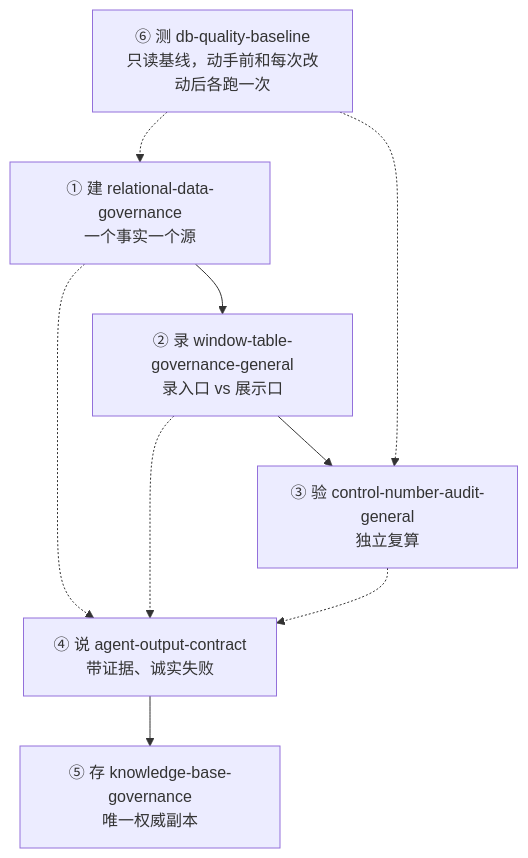
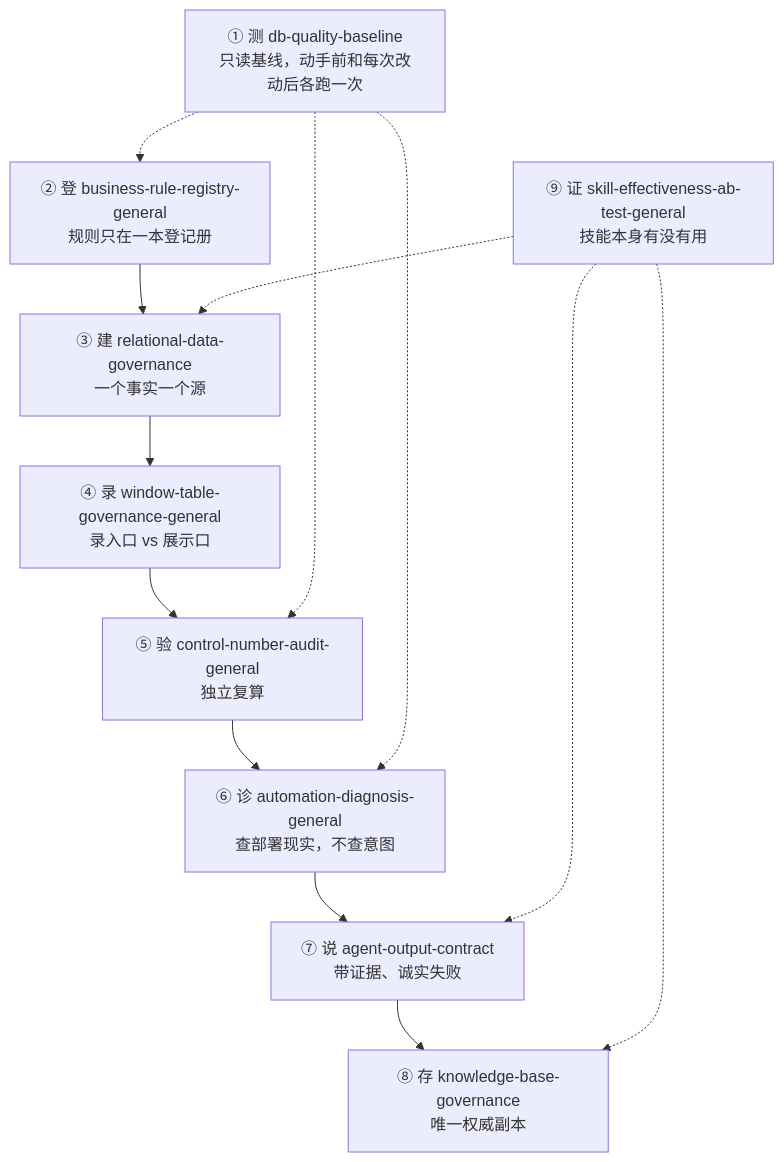
The second of 2 diagrams in README.md (GG-yangliu/agent-governance-skills), drawn with Mermaid before and after one commit. The commit also changed other lines of this file and 11 other files, not shown here.

````diff
--- a/README.md
+++ b/README.md
@@ -94,18 +111,25 @@
 ```mermaid
 flowchart TD
-    A["① 建 relational-data-governance<br/>一个事实一个源"]
-    B["② 录 window-table-governance-general<br/>录入口 vs 展示口"]
-    C["③ 验 control-number-audit-general<br/>独立复算"]
-    D["④ 说 agent-output-contract<br/>带证据、诚实失败"]
-    E["⑤ 存 knowledge-base-governance<br/>唯一权威副本"]
-    F["⑥ 测 db-quality-baseline<br/>只读基线，动手前和每次改动后各跑一次"]
+    F["① 测 db-quality-baseline<br/>只读基线，动手前和每次改动后各跑一次"]
+    H["② 登 business-rule-registry-general<br/>规则只在一本登记册"]
+    A["③ 建 relational-data-governance<br/>一个事实一个源"]
+    B["④ 录 window-table-governance-general<br/>录入口 vs 展示口"]
+    C["⑤ 验 control-number-audit-general<br/>独立复算"]
+    I["⑥ 诊 automation-diagnosis-general<br/>查部署现实，不查意图"]
+    D["⑦ 说 agent-output-contract<br/>带证据、诚实失败"]
+    E["⑧ 存 knowledge-base-governance<br/>唯一权威副本"]
+    G["⑨ 证 skill-effectiveness-ab-test-general<br/>技能本身有没有用"]
 
+    H --> A
     A --> B
     B --> C
-    A -.-> D
-    B -.-> D
-    C -.-> D
+    C --> I
+    I --> D
     D --> E
-    F -.-> A
+    F -.-> H
     F -.-> C
+    F -.-> I
+    G -.-> A
+    G -.-> D
+    G -.-> E
 ```
````
